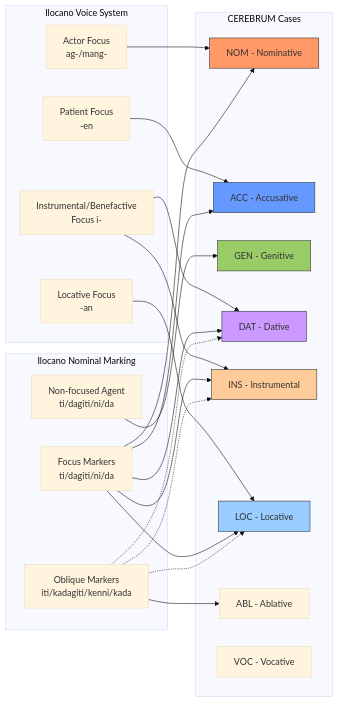
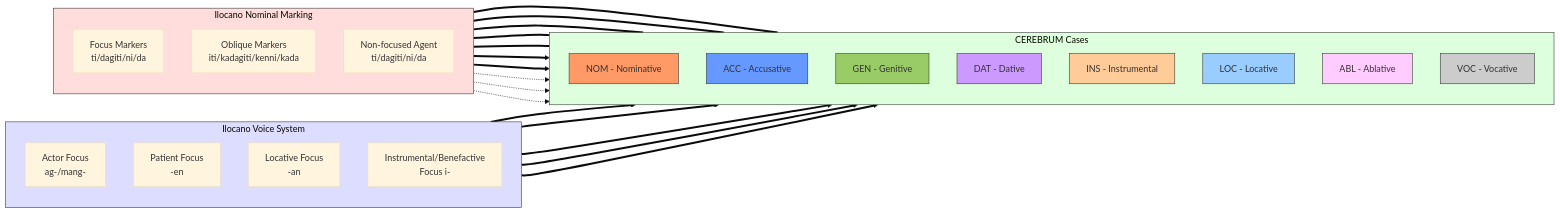
Before and after one commit to ActiveInferenceInstitute/CEREBRUM: the second of 6 diagrams in docs/languages/ilocano.md, drawn with Mermaid (base theme). The commit also changed other lines of this file and 1 other file, not shown here.

````diff
--- a/docs/languages/ilocano.md
+++ b/docs/languages/ilocano.md
@@ -84,51 +93,59 @@
 ```mermaid
 flowchart LR
-    subgraph "Ilocano Voice System"
-        AF[Actor Focus<br>ag-/mang-]
-        PF[Patient Focus<br>-en]
-        LF[Locative Focus<br>-an]
-        IF[Instrumental/Benefactive<br>Focus i-]
+    subgraph VS["Ilocano Voice System"]
+        direction TB
+        AF["Actor Focus<br>ag-/mang-"]
+        PF["Patient Focus<br>-en"]
+        LF["Locative Focus<br>-an"]
+        IF["Instrumental/Benefactive<br>Focus i-"]
     end
     
-    subgraph "Ilocano Nominal Marking"
-        FocM[Focus Markers<br>ti/dagiti/ni/da]
-        OblM[Oblique Markers<br>iti/kadagiti/kenni/kada]
-        NFAg[Non-focused Agent<br>ti/dagiti/ni/da]
+    subgraph NM["Ilocano Nominal Marking"]
+        direction TB
+        FocM["Focus Markers<br>ti/dagiti/ni/da"]
+        OblM["Oblique Markers<br>iti/kadagiti/kenni/kada"]
+        NFAg["Non-focused Agent<br>ti/dagiti/ni/da"]
     end
     
-    subgraph "CEREBRUM Cases"
-        NOM[NOM - Nominative]
-        ACC[ACC - Accusative]
-        GEN[GEN - Genitive]
-        DAT[DAT - Dative]
-        INS[INS - Instrumental]
-        LOC[LOC - Locative]
-        ABL[ABL - Ablative]
-        VOC[VOC - Vocative]
+    subgraph CC["CEREBRUM Cases"]
+        direction TB
+        NOM["NOM - Nominative"]
+        ACC["ACC - Accusative"]
+        GEN["GEN - Genitive"]
+        DAT["DAT - Dative"]
+        INS["INS - Instrumental"]
+        LOC["LOC - Locative"]
+        ABL["ABL - Ablative"]
+        VOC["VOC - Vocative"]
     end
     
-    AF --> NOM
-    PF --> ACC
-    LF --> LOC
-    IF --> INS
-    IF --> DAT
+    AF ==> NOM
+    PF ==> ACC
+    LF ==> LOC
+    IF ==> INS
+    IF ==> DAT
     
-    FocM --> NOM
-    FocM --> ACC
-    FocM --> LOC
-    FocM --> INS
-    FocM --> DAT
+    FocM === NOM
+    FocM === ACC
+    FocM === LOC
+    FocM === INS
+    FocM === DAT
     
-    NFAg --> GEN
-    OblM --> ABL
+    NFAg ==> GEN
+    OblM ==> ABL
     OblM -.-> DAT
     OblM -.-> INS
     OblM -.-> LOC
     
+    style VS fill:#ddf,stroke:#333,stroke-width:1px
+    style NM fill:#fdd,stroke:#333,stroke-width:1px
+    style CC fill:#dfd,stroke:#333,stroke-width:1px
     style NOM fill:#f96,stroke:#333
     style ACC fill:#69f,stroke:#333
     style GEN fill:#9c6,stroke:#333
     style DAT fill:#c9f,stroke:#333
     style INS fill:#fc9,stroke:#333
     style LOC fill:#9cf,stroke:#333
+    style ABL fill:#fcf,stroke:#333
+    style VOC fill:#ccc,stroke:#333
 ```
````
